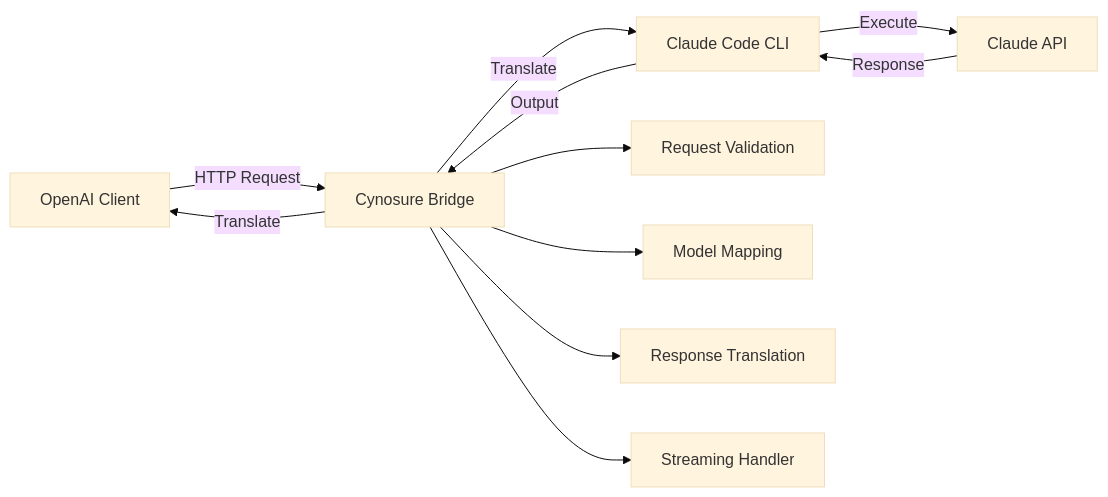
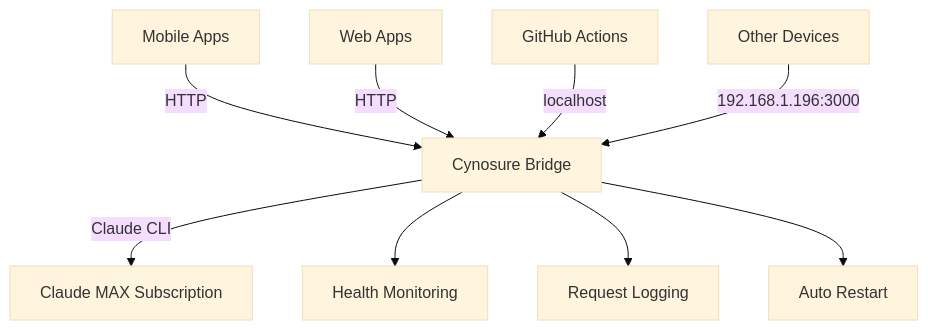
The diagram in README.md (eagurin/cynosure), drawn with Mermaid (base theme) before and after one commit. The commit also changed other lines of this file and 65 other files, not shown here.

````diff
--- a/README.md
+++ b/README.md
@@ -35,14 +51,13 @@
 ```mermaid
-graph LR
-    A[OpenAI Client] -->|HTTP Request| B[Cynosure Bridge]
-    B -->|Translate| C[Claude Code CLI]
-    C -->|Execute| D[Claude API]
-    D -->|Response| C
-    C -->|Output| B
-    B -->|Translate| A
-
-    B --> E[Request Validation]
-    B --> F[Model Mapping]
-    B --> G[Response Translation]
-    B --> H[Streaming Handler]
+graph TB
+    A[Mobile Apps] -->|HTTP| E[Cynosure Bridge]
+    B[Web Apps] -->|HTTP| E
+    C[GitHub Actions] -->|localhost| E
+    D[Other Devices] -->|192.168.1.196:3000| E
+    
+    E -->|Claude CLI| F[Claude MAX Subscription]
+    
+    E --> G[Health Monitoring]
+    E --> H[Request Logging]
+    E --> I[Auto Restart]
 ```
````
